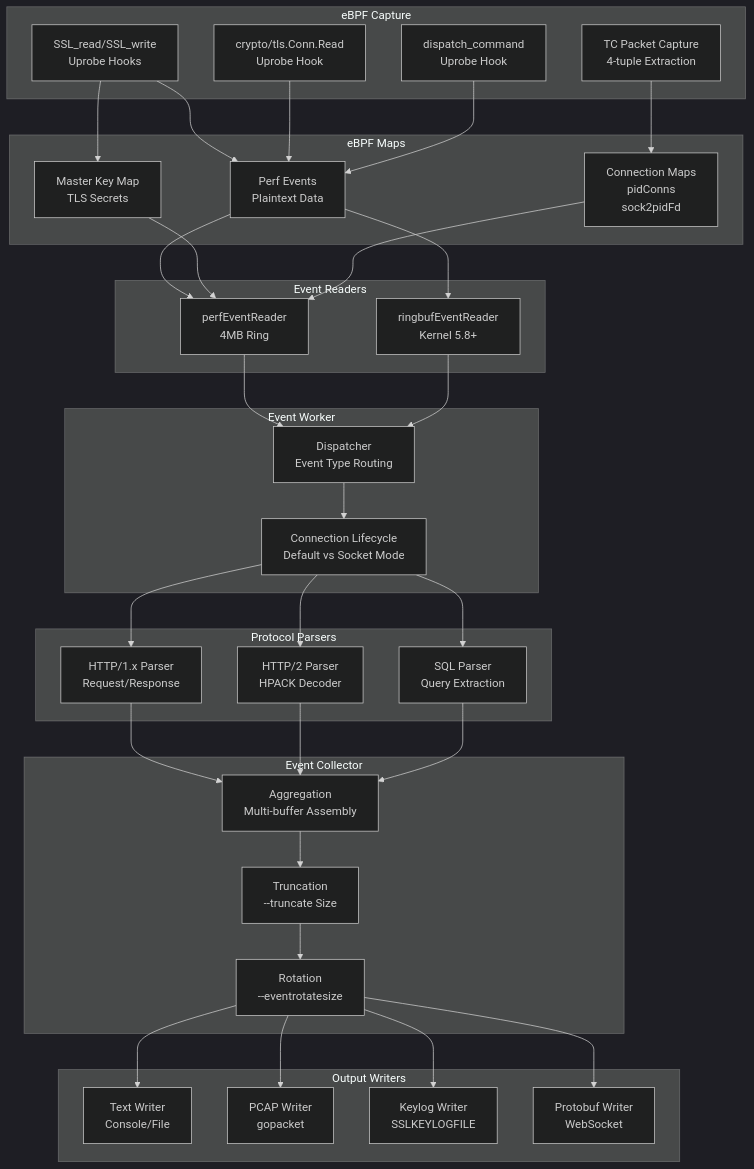
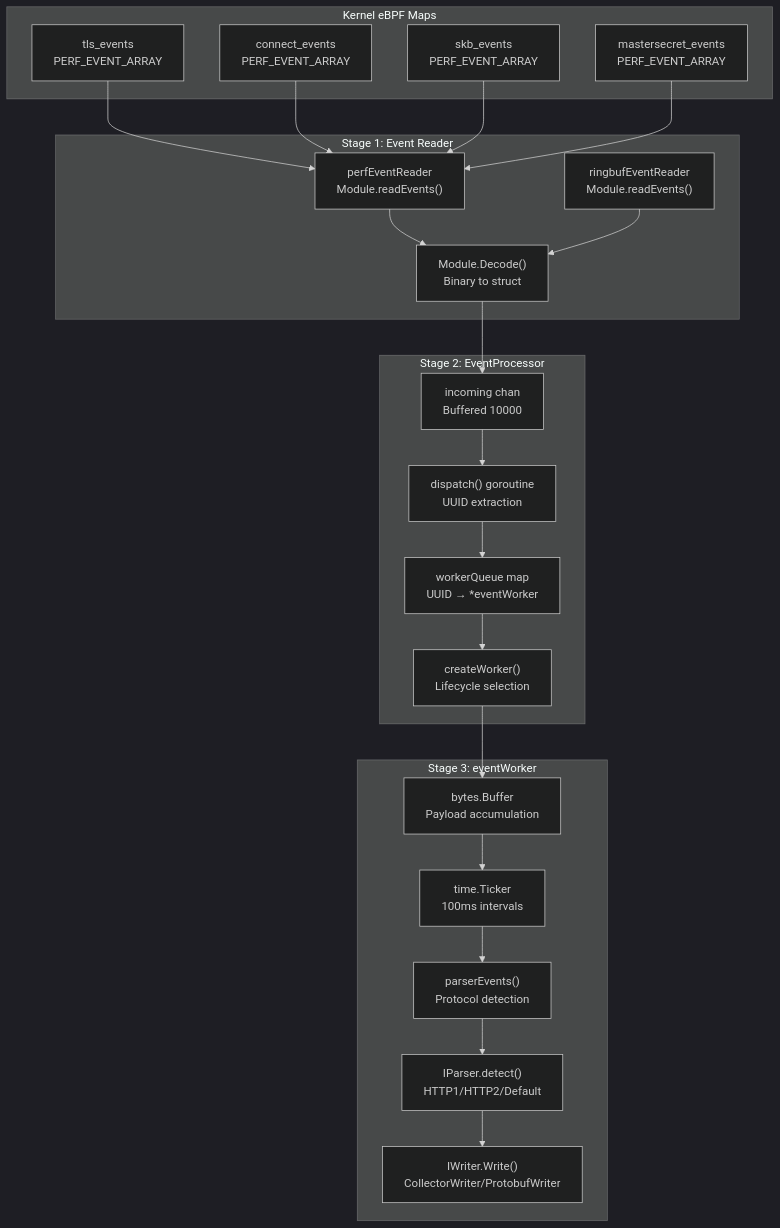
One commit to gojue/ecapture.cc changed the fourth of 5 diagrams in src/en/1-overview/index.md. Above: the diagram before and after it, drawn with Mermaid (dark theme). The commit also changed other lines of this file and 115 other files, not shown here.

````diff
--- a/src/en/1-overview/index.md
+++ b/src/en/1-overview/index.md
@@ -299,75 +283,49 @@
 ```mermaid
-flowchart TD
-    subgraph Capture["eBPF Capture"]
-        ssl["SSL_read/SSL_write<br/>Uprobe Hooks"]
-        gotls_read["crypto/tls.Conn.Read<br/>Uprobe Hook"]
-        tc["TC Packet Capture<br/>4-tuple Extraction"]
-        mysql["dispatch_command<br/>Uprobe Hook"]
+graph TB
+    subgraph KernelMaps["Kernel eBPF Maps"]
+        TLSEvents["tls_events<br/>PERF_EVENT_ARRAY"]
+        ConnEvents["connect_events<br/>PERF_EVENT_ARRAY"]
+        SkbEvents["skb_events<br/>PERF_EVENT_ARRAY"]
+        MasterSecretEvents["mastersecret_events<br/>PERF_EVENT_ARRAY"]
     end
     
-    subgraph Maps["eBPF Maps"]
-        perf["Perf Events<br/>Plaintext Data"]
-        master["Master Key Map<br/>TLS Secrets"]
-        conn["Connection Maps<br/>pidConns<br/>sock2pidFd"]
+    subgraph ReaderStage["Stage 1: Event Reader"]
+        PerfReader["perfEventReader<br/>Module.readEvents()"]
+        RingReader["ringbufEventReader<br/>Module.readEvents()"]
+        Decode["Module.Decode()<br/>Binary to struct"]
     end
     
-    subgraph Reader["Event Readers"]
-        perf_reader["perfEventReader<br/>4MB Ring"]
-        ring_reader["ringbufEventReader<br/>Kernel 5.8+"]
+    subgraph ProcessorStage["Stage 2: EventProcessor"]
+        Incoming["incoming chan<br/>Buffered 10000"]
+        Dispatch["dispatch() goroutine<br/>UUID extraction"]
+        WorkerQueue["workerQueue map<br/>UUID → *eventWorker"]
+        WorkerCreate["createWorker()<br/>Lifecycle selection"]
     end
     
-    subgraph Worker["Event Worker"]
-        dispatch["Dispatcher<br/>Event Type Routing"]
-        lifecycle["Connection Lifecycle<br/>Default vs Socket Mode"]
+    subgraph WorkerStage["Stage 3: eventWorker"]
+        Buffer["bytes.Buffer<br/>Payload accumulation"]
+        Ticker["time.Ticker<br/>100ms intervals"]
+        ParserEvents["parserEvents()<br/>Protocol detection"]
+        IParser["IParser.detect()<br/>HTTP1/HTTP2/Default"]
+        IWriter["IWriter.Write()<br/>CollectorWriter/ProtobufWriter"]
     end
     
-    subgraph Parser["Protocol Parsers"]
-        http1["HTTP/1.x Parser<br/>Request/Response"]
-        http2["HTTP/2 Parser<br/>HPACK Decoder"]
-        sql["SQL Parser<br/>Query Extraction"]
-    end
+    TLSEvents --> PerfReader
+    ConnEvents --> PerfReader
+    SkbEvents --> PerfReader
+    MasterSecretEvents --> PerfReader
     
-    subgraph Collector["Event Collector"]
-        aggregate["Aggregation<br/>Multi-buffer Assembly"]
-        truncate["Truncation<br/>--truncate Size"]
-        rotate["Rotation<br/>--eventrotatesize"]
-    end
+    PerfReader --> Decode
+    RingReader --> Decode
     
-    subgraph Writers["Output Writers"]
-        text_w["Text Writer<br/>Console/File"]
-        pcap_w["PCAP Writer<br/>gopacket"]
-        key_w["Keylog Writer<br/>SSLKEYLOGFILE"]
-        proto_w["Protobuf Writer<br/>WebSocket"]
-    end
+    Decode --> Incoming
+    Incoming --> Dispatch
+    Dispatch --> WorkerQueue
+    WorkerQueue --> WorkerCreate
     
-    ssl --> perf
-    gotls_read --> perf
-    mysql --> perf
-    ssl --> master
-    tc --> conn
-    
-    perf --> perf_reader
-    perf --> ring_reader
-    master --> perf_reader
-    conn --> perf_reader
-    
-    perf_reader --> dispatch
-    ring_reader --> dispatch
-    
-    dispatch --> lifecycle
-    lifecycle --> http1
-    lifecycle --> http2
-    lifecycle --> sql
-    
-    http1 --> aggregate
-    http2 --> aggregate
-    sql --> aggregate
-    
-    aggregate --> truncate
-    truncate --> rotate
-    
-    rotate --> text_w
-    rotate --> pcap_w
-    rotate --> key_w
-    rotate --> proto_w
+    WorkerCreate --> Buffer
+    Buffer --> Ticker
+    Ticker --> ParserEvents
+    ParserEvents --> IParser
+    IParser --> IWriter
 ```
````
